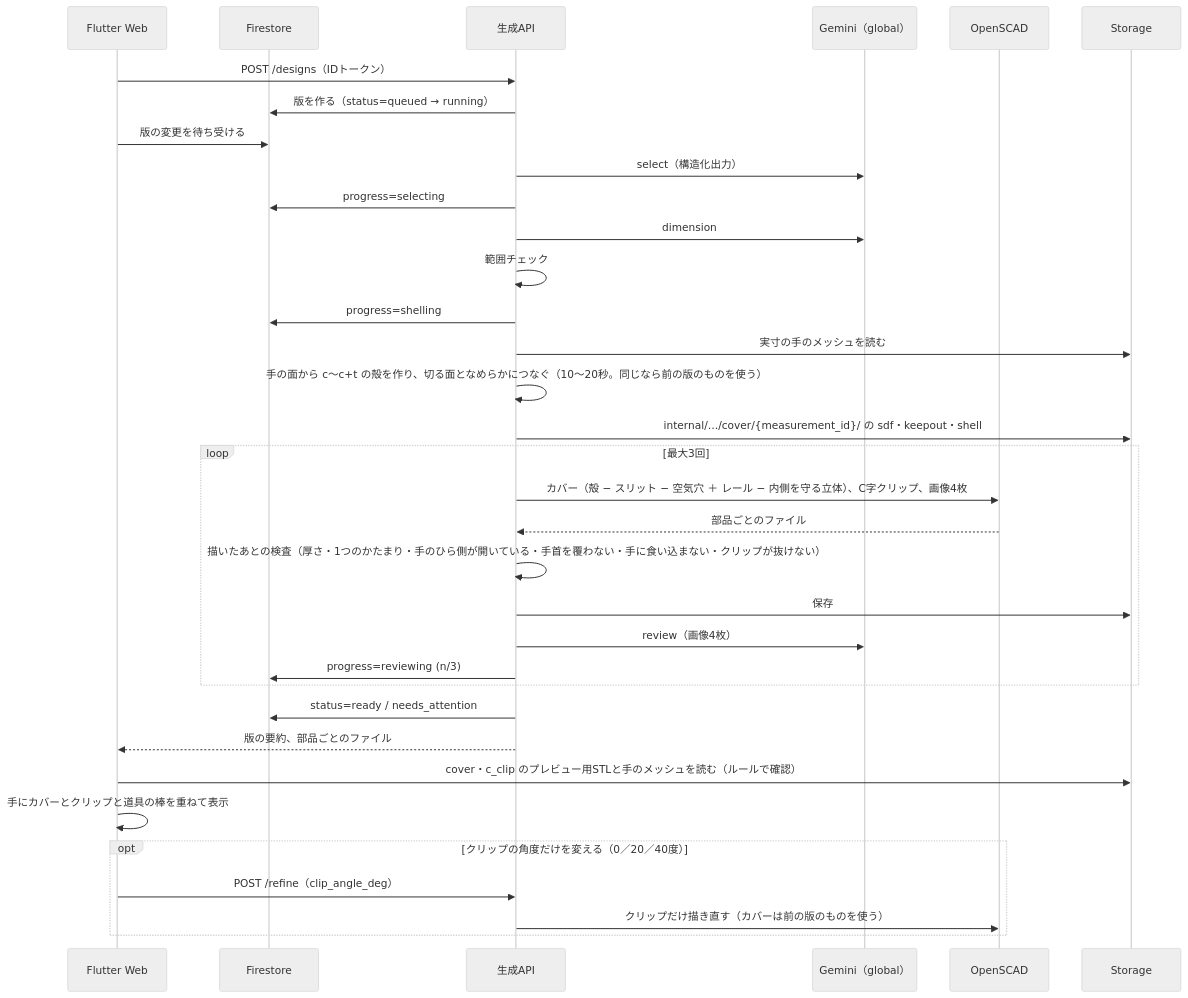
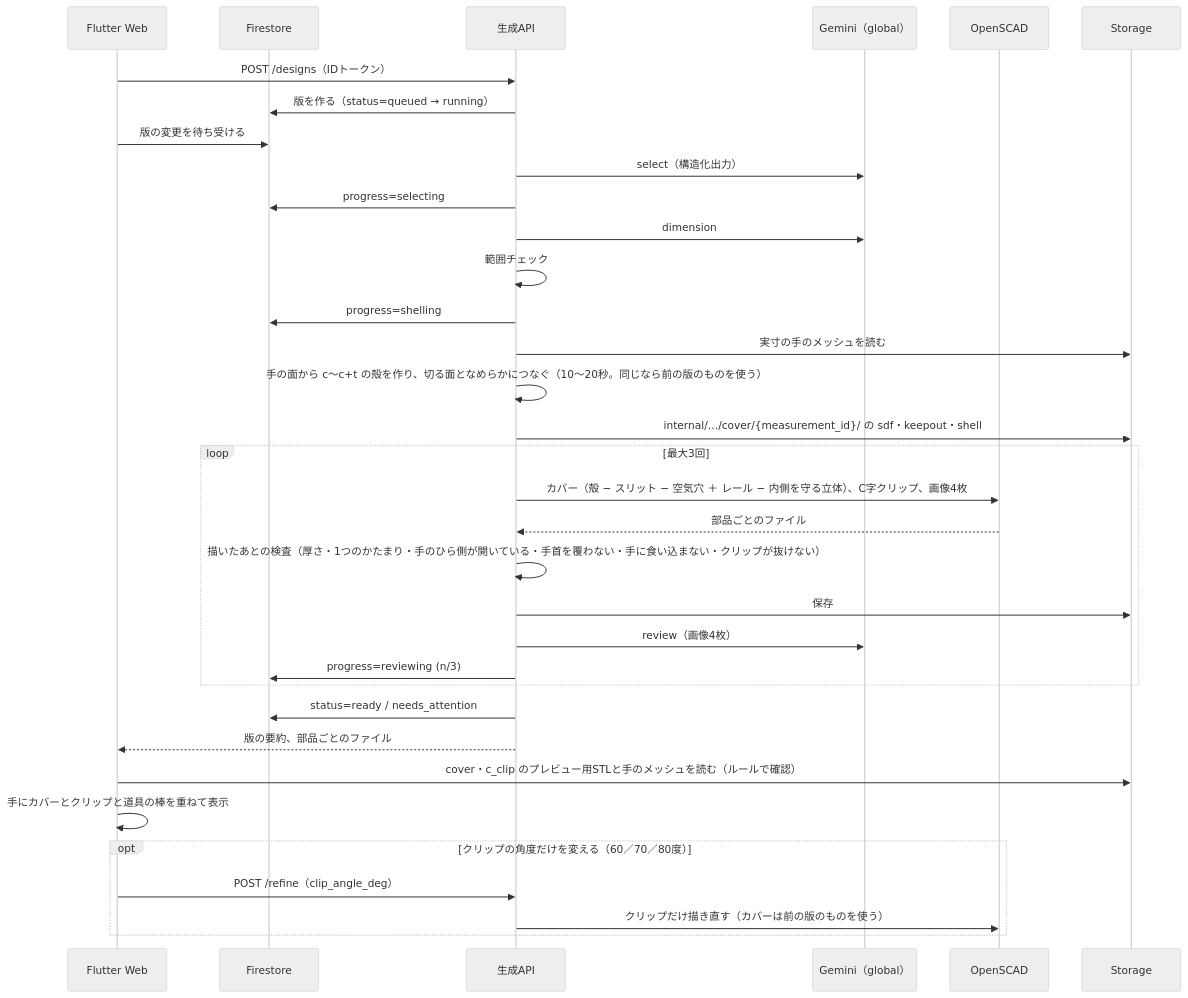
One commit to Devfest-Hackathon-2026/df-2026-t101 changed the third of 4 diagrams in docs/architecture.md. Above: the diagram before and after it, drawn with Mermaid (neutral theme). The commit also changed 31 other files, not shown here.

````diff
--- a/docs/architecture.md
+++ b/docs/architecture.md
@@ -137,36 +137,36 @@
 ```mermaid
 sequenceDiagram
   participant App as Flutter Web
   participant FS as Firestore
   participant API as 生成API
   participant G as Gemini（global）
   participant SC as OpenSCAD
   participant ST as Storage
   App->>API: POST /designs（IDトークン）
   API->>FS: 版を作る（status=queued → running）
   App->>FS: 版の変更を待ち受ける
   API->>G: select（構造化出力）
   API->>FS: progress=selecting
   API->>G: dimension
   API->>API: 範囲チェック
   API->>FS: progress=shelling
   API->>ST: 実寸の手のメッシュを読む
   API->>API: 手の面から c〜c+t の殻を作り、切る面となめらかにつなぐ（10〜20秒。同じなら前の版のものを使う）
   API->>ST: internal/…/cover/{measurement_id}/ の sdf・keepout・shell
   loop 最大3回
     API->>SC: カバー（殻 − スリット − 空気穴 ＋ レール − 内側を守る立体）、C字クリップ、画像4枚
     SC-->>API: 部品ごとのファイル
     API->>API: 描いたあとの検査（厚さ・1つのかたまり・手のひら側が開いている・手首を覆わない・手に食い込まない・クリップが抜けない）
     API->>ST: 保存
     API->>G: review（画像4枚）
     API->>FS: progress=reviewing (n/3)
   end
   API->>FS: status=ready / needs_attention
   API-->>App: 版の要約、部品ごとのファイル
   App->>ST: cover・c_clip のプレビュー用STLと手のメッシュを読む（ルールで確認）
   App->>App: 手にカバーとクリップと道具の棒を重ねて表示
-  opt クリップの角度だけを変える（0／20／40度）
+  opt クリップの角度だけを変える（60／70／80度）
     App->>API: POST /refine（clip_angle_deg）
     API->>SC: クリップだけ描き直す（カバーは前の版のものを使う）
   end
 ```
````
